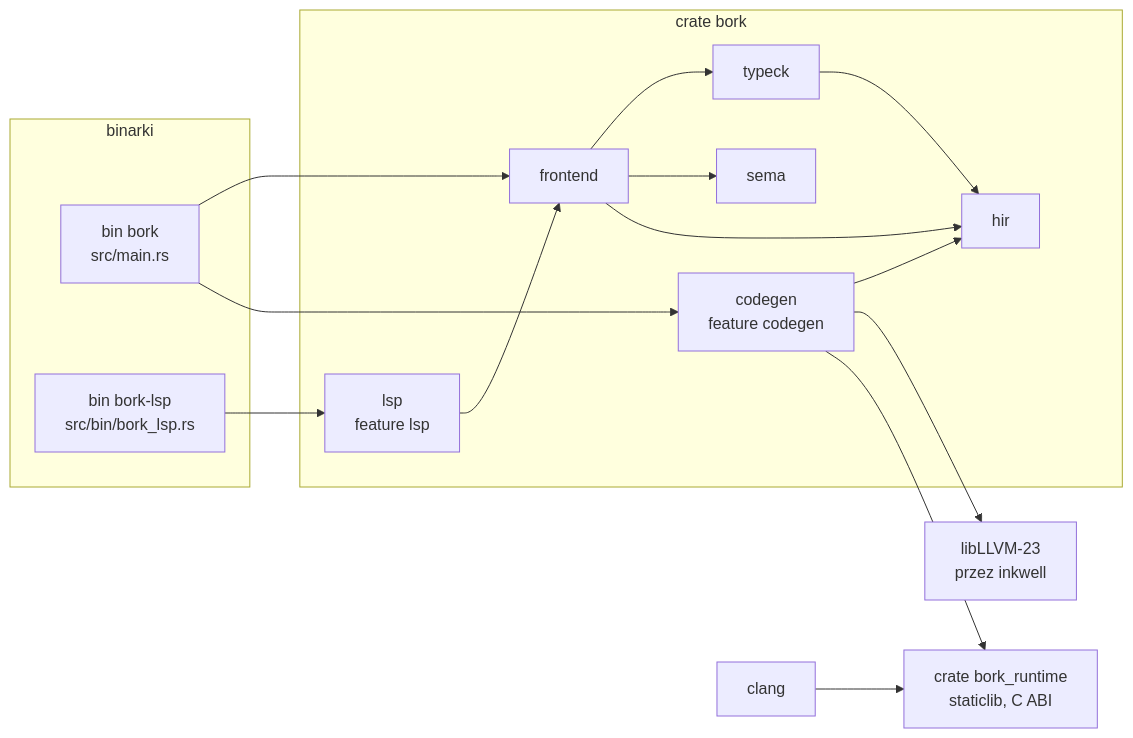
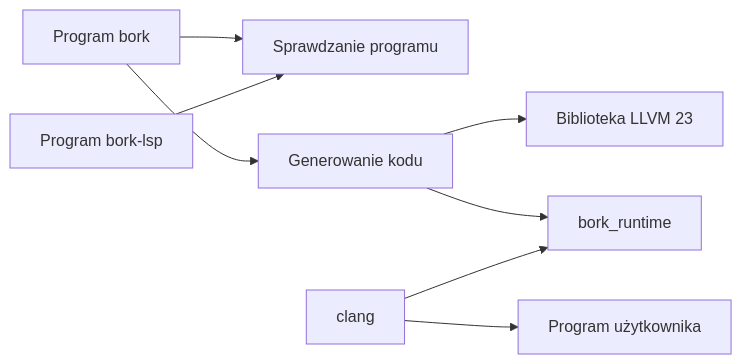
The second of 2 diagrams in docs/book/13-pipeline.md (andrzejwitkowski/Bork), drawn with Mermaid before and after one commit. The commit also changed other lines of this file and 30 other files, not shown here.

````diff
--- a/docs/book/13-pipeline.md
+++ b/docs/book/13-pipeline.md
@@ -112,31 +60,10 @@
 ```mermaid
 flowchart LR
-    subgraph binarki
-        borkbin["bin bork<br/>src/main.rs"]
-        lsbbin["bin bork-lsp<br/>src/bin/bork_lsp.rs"]
-    end
-    subgraph crate_bork["crate bork"]
-        fe["frontend"]
-        tc["typeck"]
-        sema["sema"]
-        hir["hir"]
-        cg["codegen<br/>feature codegen"]
-        lsp["lsp<br/>feature lsp"]
-    end
-    runtime["crate bork_runtime<br/>staticlib, C ABI"]
-    llvm["libLLVM-23<br/>przez inkwell"]
-    clang["clang"]
-
-    borkbin --> fe
-    borkbin --> cg
-    lsbbin --> lsp
-    lsp --> fe
-    fe --> tc
-    fe --> sema
-    fe --> hir
-    tc --> hir
-    cg --> hir
-    cg --> llvm
-    cg --> runtime
-    clang --> runtime
+    borkbin["Program bork"] --> check["Sprawdzanie programu"]
+    borkbin --> codegen["Generowanie kodu"]
+    lspbin["Program bork-lsp"] --> check
+    codegen --> llvm["Biblioteka LLVM 23"]
+    codegen --> runtime["bork_runtime"]
+    clang["clang"] --> runtime
+    clang --> exe["Program użytkownika"]
 ```
````
